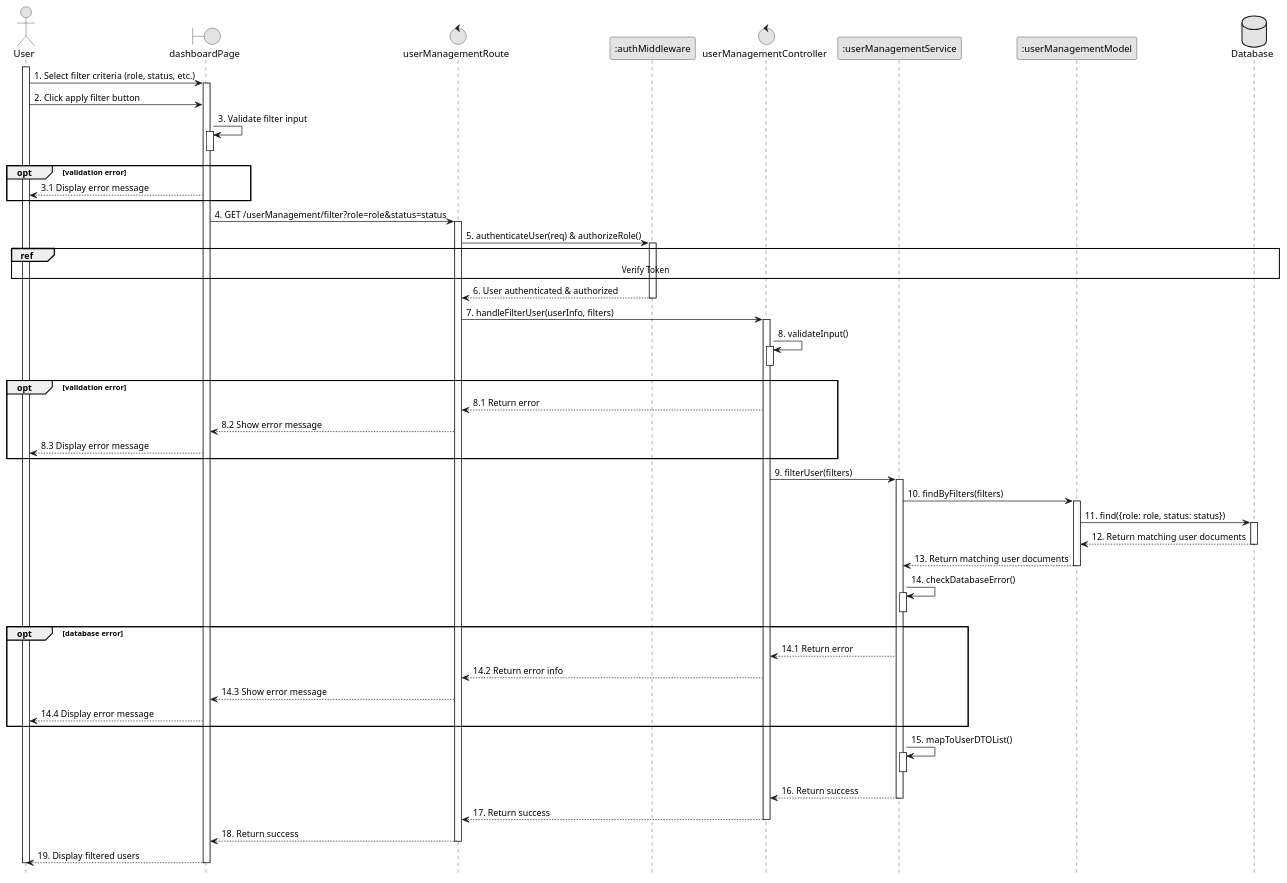
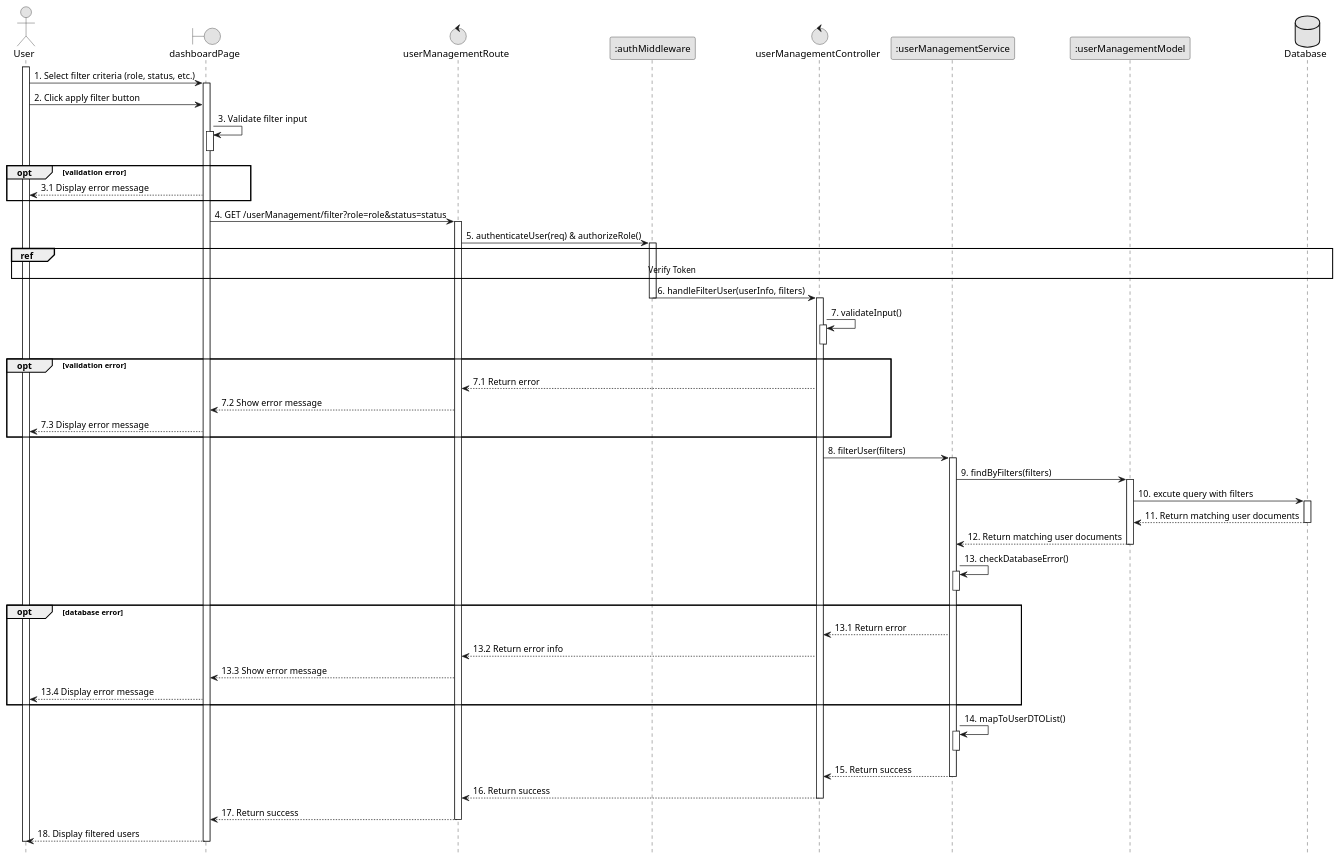
One commit to VietDurian/VietDurian changed the diagram in planuml/web/12.3_filterUser.puml. Above: the diagram before and after it, drawn with PlantUML. The commit also changed 22 other files, not shown here.

Commit message:
ViVLT: Edit sequences

```diff
--- a/planuml/web/12.3_filterUser.puml
+++ b/planuml/web/12.3_filterUser.puml
@@ -1,75 +1,74 @@
 @startuml 12.3_filterUser
 skinparam monochrome true
 skinparam shadowing false
 skinparam sequenceArrowThickness 1
 hide footbox
 
 actor User
 boundary dashboardPage as UI
 control userManagementRoute as Route
 participant ":authMiddleware" as Middleware
 control userManagementController as Controller
 participant ":userManagementService" as Service
 participant ":userManagementModel" as Model
 database Database as DB
 
 activate User
 User -> UI : 1. Select filter criteria (role, status, etc.)
 activate UI
 User -> UI : 2. Click apply filter button
 UI -> UI : 3. Validate filter input
 activate UI
 deactivate UI
 opt validation error
     UI --> User : 3.1 Display error message
 end
 UI -> Route : 4. GET /userManagement/filter?role=role&status=status
 activate Route
 Route -> Middleware : 5. authenticateUser(req) & authorizeRole()
 activate Middleware
 ref over User, DB: Verify Token
-Middleware --> Route : 6. User authenticated & authorized
+Middleware -> Controller : 6. handleFilterUser(userInfo, filters)
 deactivate Middleware
-Route -> Controller : 7. handleFilterUser(userInfo, filters)
 activate Controller
-Controller -> Controller : 8. validateInput()
+Controller -> Controller : 7. validateInput()
 activate Controller
 deactivate Controller
 opt validation error
-    Controller --> Route : 8.1 Return error
-    Route --> UI : 8.2 Show error message
-    UI --> User : 8.3 Display error message
+    Controller --> Route : 7.1 Return error
+    Route --> UI : 7.2 Show error message
+    UI --> User : 7.3 Display error message
 end
-Controller -> Service : 9. filterUser(filters)
+Controller -> Service : 8. filterUser(filters)
 activate Service
-Service -> Model : 10. findByFilters(filters)
+Service -> Model : 9. findByFilters(filters)
 activate Model
-Model -> DB : 11. find({role: role, status: status})
+Model -> DB : 10. excute query with filters
 activate DB
-DB --> Model : 12. Return matching user documents
+DB --> Model : 11. Return matching user documents
 deactivate DB
-Model --> Service : 13. Return matching user documents
+Model --> Service : 12. Return matching user documents
 deactivate Model
-Service -> Service : 14. checkDatabaseError()
+Service -> Service : 13. checkDatabaseError()
 activate Service
 deactivate Service
 opt database error
-    Service --> Controller : 14.1 Return error
-    Controller --> Route : 14.2 Return error info
-    Route --> UI : 14.3 Show error message
-    UI --> User : 14.4 Display error message
+    Service --> Controller : 13.1 Return error
+    Controller --> Route : 13.2 Return error info
+    Route --> UI : 13.3 Show error message
+    UI --> User : 13.4 Display error message
 end
-Service -> Service : 15. mapToUserDTOList()
+Service -> Service : 14. mapToUserDTOList()
 activate Service
 deactivate Service
-Service --> Controller : 16. Return success
+Service --> Controller : 15. Return success
 deactivate Service
-Controller --> Route : 17. Return success
+Controller --> Route : 16. Return success
 deactivate Controller
-Route --> UI : 18. Return success
+Route --> UI : 17. Return success
 deactivate Route
-UI --> User : 19. Display filtered users
+UI --> User : 18. Display filtered users
 deactivate UI
 deactivate User
 
 @enduml
```
